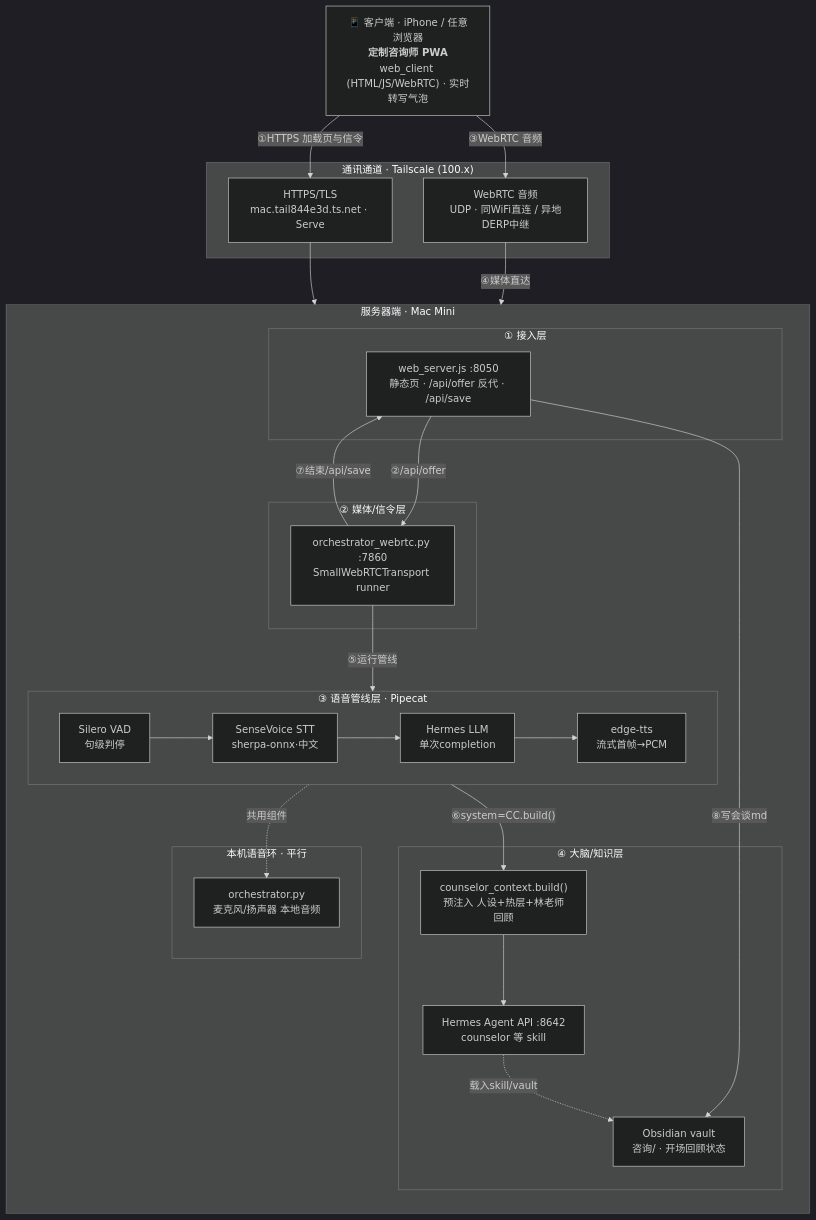
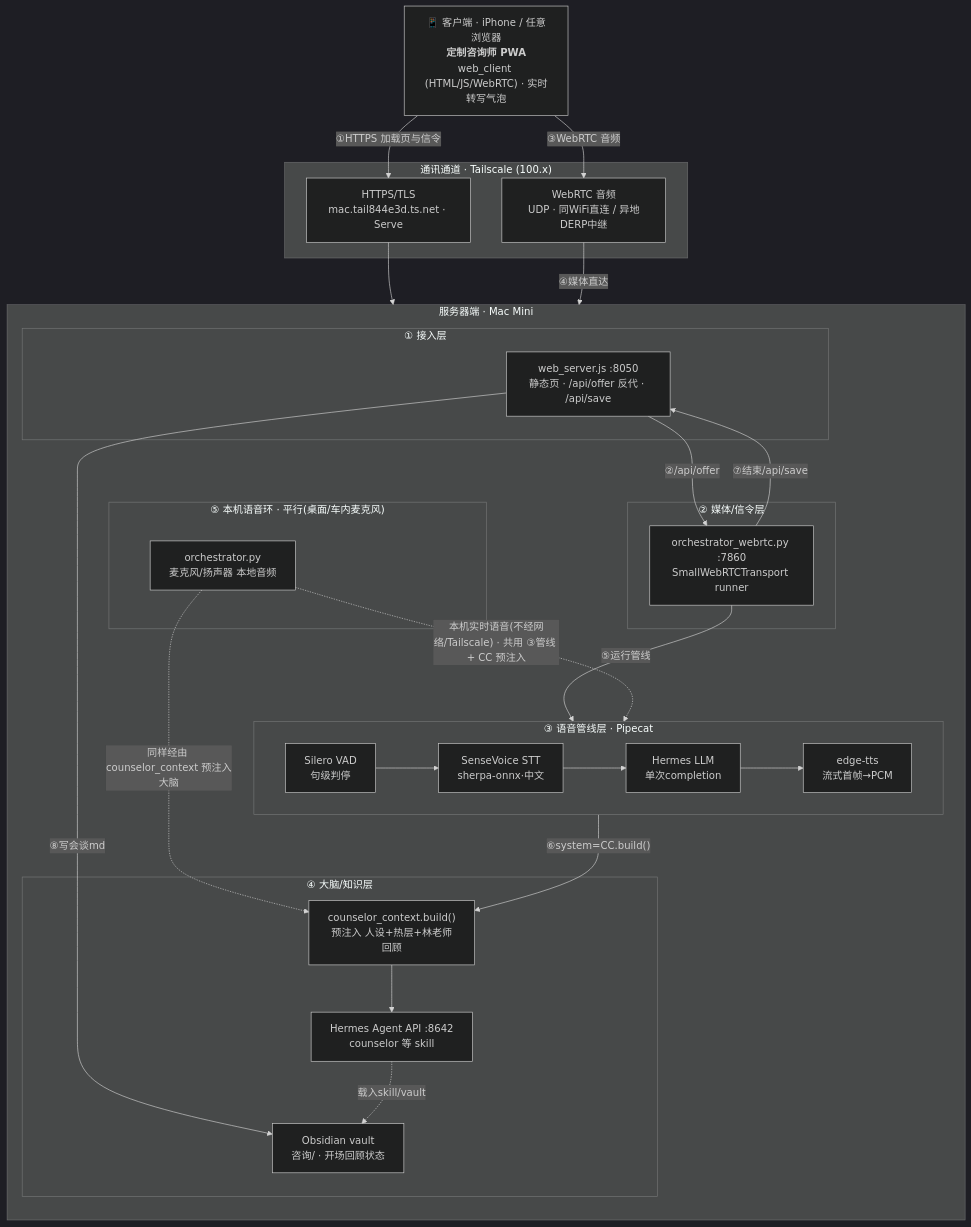
The diagram in README.md (jeffhangithub/VoiceTherapy), drawn with Mermaid (dark theme) before and after one commit.

Commit message:
docs(README): connect local voice loop (orchestrator.py) into architecture diagram as dashed path sharing pipeline+counselor_context

````diff
--- a/README.md
+++ b/README.md
@@ -24,42 +24,43 @@
 ```mermaid
 flowchart TB
     C["📱 客户端 · iPhone / 任意浏览器<br/><b>定制咨询师 PWA</b><br/>web_client (HTML/JS/WebRTC) · 实时转写气泡"]
 
     subgraph CH["通讯通道 · Tailscale (100.x)"]
         TS["HTTPS/TLS<br/>mac.tail844e3d.ts.net · Serve"]
         WC["WebRTC 音频<br/>UDP · 同WiFi直连 / 异地DERP中继"]
     end
 
     subgraph S["服务器端 · Mac Mini"]
         direction TB
         subgraph L1["① 接入层"]
             WS["web_server.js :8050<br/>静态页 · /api/offer 反代 · /api/save"]
         end
         subgraph L2["② 媒体/信令层"]
             RT["orchestrator_webrtc.py :7860<br/>SmallWebRTCTransport runner"]
         end
         subgraph L3["③ 语音管线层 · Pipecat"]
             direction LR
             VAD["Silero VAD<br/>句级判停"] --> STT["SenseVoice STT<br/>sherpa-onnx·中文"]
             STT --> LM["Hermes LLM<br/>单次completion"]
             LM --> TTS["edge-tts<br/>流式首帧→PCM"]
         end
         subgraph L4["④ 大脑/知识层"]
             BR["Hermes Agent API :8642<br/>counselor 等 skill"]
             CC["counselor_context.build()<br/>预注入 人设+热层+林老师回顾"]
             VL["Obsidian vault<br/>咨询/ · 开场回顾状态"]
         end
-        subgraph L5["本机语音环 · 平行"]
+        subgraph L5["⑤ 本机语音环 · 平行(桌面/车内麦克风)"]
             LO["orchestrator.py<br/>麦克风/扬声器 本地音频"]
         end
     end
 
     C -- ①HTTPS 加载页与信令 --> TS --> WS -- ②/api/offer --> RT
     C -- ③WebRTC 音频 --> WC -- ④媒体直达 --> RT
     RT -- ⑤运行管线 --> L3
     L3 -- ⑥system=CC.build() --> CC
     CC --> BR
     RT -- ⑦结束/api/save --> WS -- ⑧写会谈md --> VL
     BR -. 载入skill/vault .-> VL
-    L3 -. 共用组件 .-> LO
+    LO -. "本机实时语音(不经网络/Tailscale) · 共用 ③管线 + CC 预注入" .-> L3
+    LO -. "同样经由 counselor_context 预注入大脑" .-> CC
 ```
````
